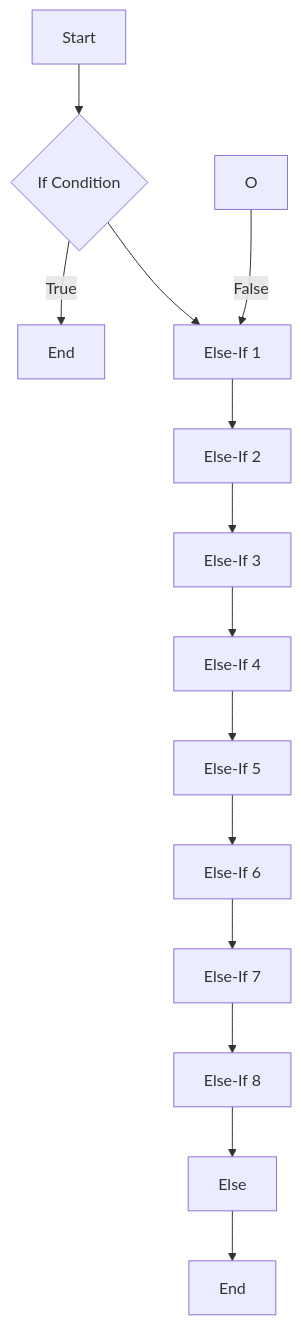
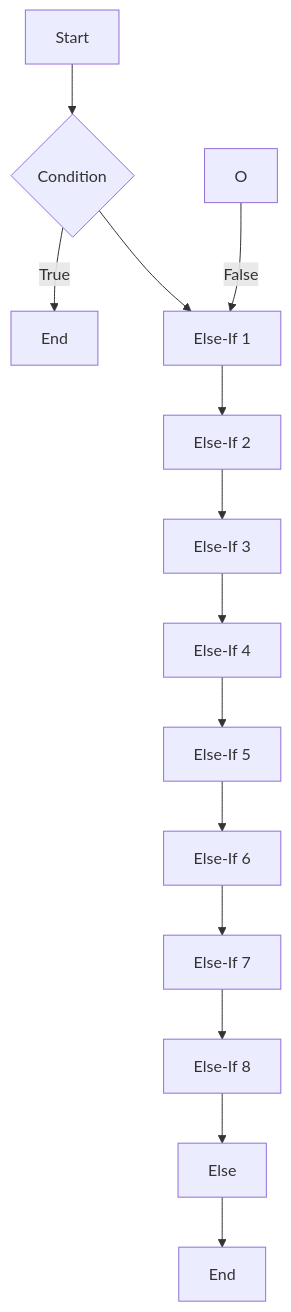
One commit to Alex-Rafter/wiki changed the third of 4 diagrams in daily/2023-05-13.md. Above: the diagram before and after it, drawn with Mermaid.

````diff
--- a/daily/2023-05-13.md
+++ b/daily/2023-05-13.md
@@ -80,19 +80,19 @@
 ```mermaid
 
 flowchart TD
-A[Start] --> B{"If Condition"}
+A[Start] --> B{"Condition"}
 B -- True --> BEnd["End"]
 O -- False --> C
 B --> C[Else-If 1]
 C --> D[Else-If 2]
 D --> E[Else-If 3]
 E --> F[Else-If 4]
 F --> G[Else-If 5]
 G --> H[Else-If 6]
 H --> I[Else-If 7]
 I --> J[Else-If 8]
 J --> K[Else]
 K --> L[End]
 
 
 ```
````
